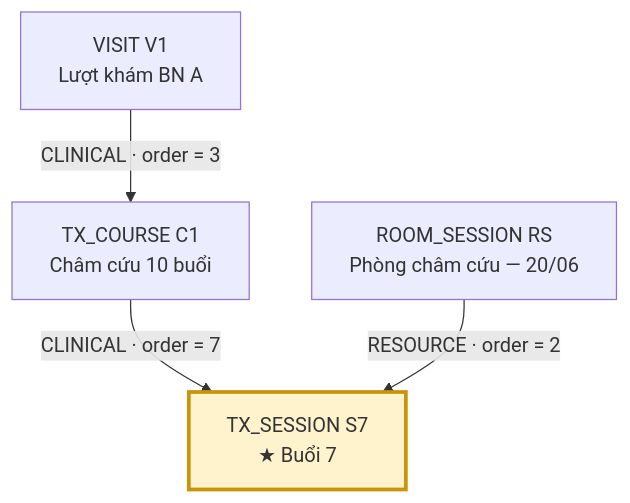
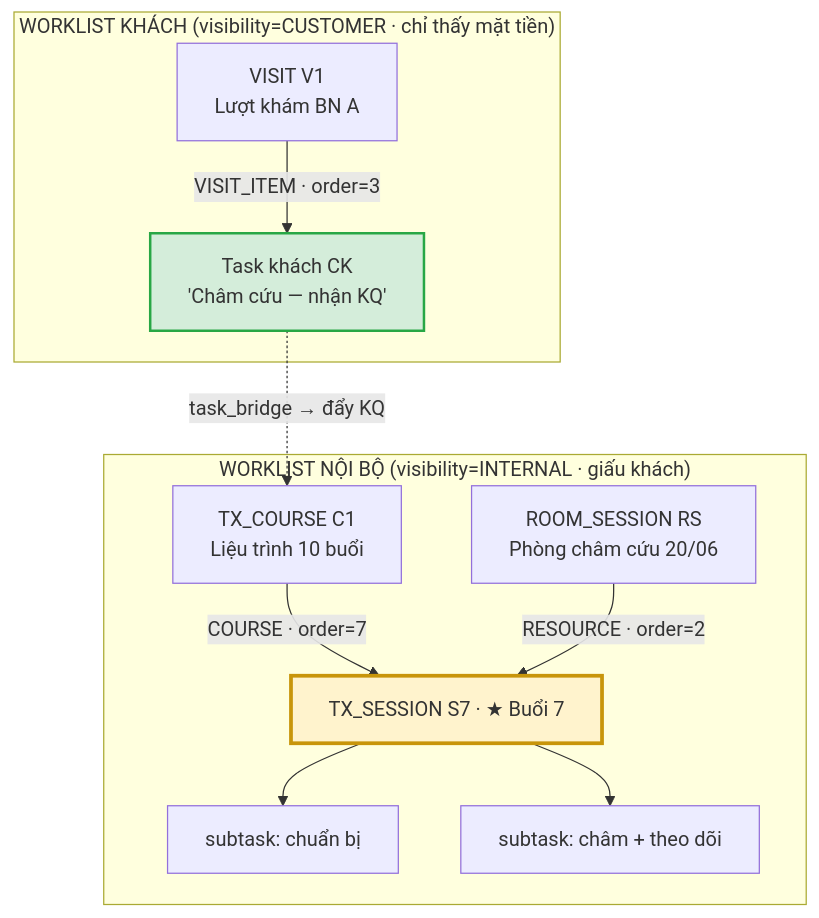
The diagram in diagrams/03_b3_case.mmd (yumeekoo/DebateStructure), drawn with Mermaid before and after one commit. The commit also changed 8 other files, not shown here.

Commit message:
feat: Update database design and diagrams to implement task bridge for facade model

```diff
--- a/diagrams/03_b3_case.mmd
+++ b/diagrams/03_b3_case.mmd
@@ -1,11 +1,18 @@
 flowchart TD
-    V1["VISIT V1<br/>Lượt khám BN A"]
-    C1["TX_COURSE C1<br/>Châm cứu 10 buổi"]
-    S7["TX_SESSION S7<br/>★ Buổi 7"]
-    RS["ROOM_SESSION RS<br/>Phòng châm cứu — 20/06"]
-
-    V1 -->|"CLINICAL · order = 3"| C1
-    C1 -->|"CLINICAL · order = 7"| S7
-    RS -->|"RESOURCE · order = 2"| S7
-
+    subgraph facade["WORKLIST KHÁCH (visibility=CUSTOMER · chỉ thấy mặt tiền)"]
+        V1["VISIT V1<br/>Lượt khám BN A"]
+        CK["Task khách CK<br/>'Châm cứu — nhận KQ'"]
+        V1 -->|"VISIT_ITEM · order=3"| CK
+    end
+    subgraph internal["WORKLIST NỘI BỘ (visibility=INTERNAL · giấu khách)"]
+        C1["TX_COURSE C1<br/>Liệu trình 10 buổi"]
+        RS["ROOM_SESSION RS<br/>Phòng châm cứu 20/06"]
+        S7["TX_SESSION S7 · ★ Buổi 7"]
+        C1 -->|"COURSE · order=7"| S7
+        RS -->|"RESOURCE · order=2"| S7
+        S7 --> sub1["subtask: chuẩn bị"]
+        S7 --> sub2["subtask: châm + theo dõi"]
+    end
+    CK -. "task_bridge → đẩy KQ" .-> C1
+    style CK fill:#d4edda,stroke:#28a745,stroke-width:2px
     style S7 fill:#fff3cd,stroke:#c8950a,stroke-width:3px
```
